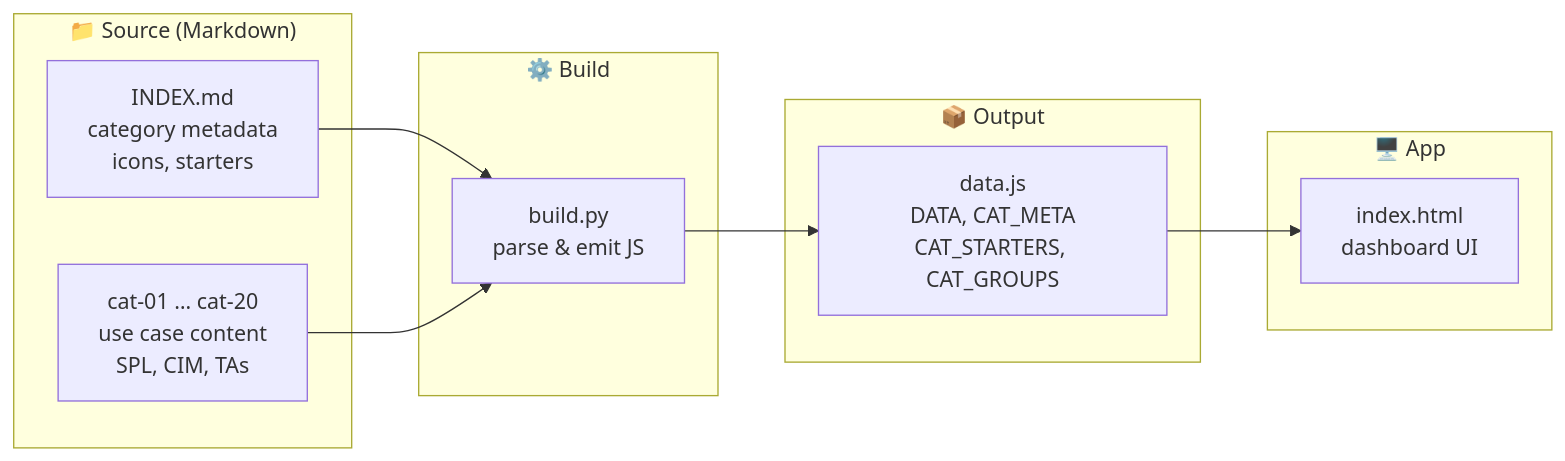
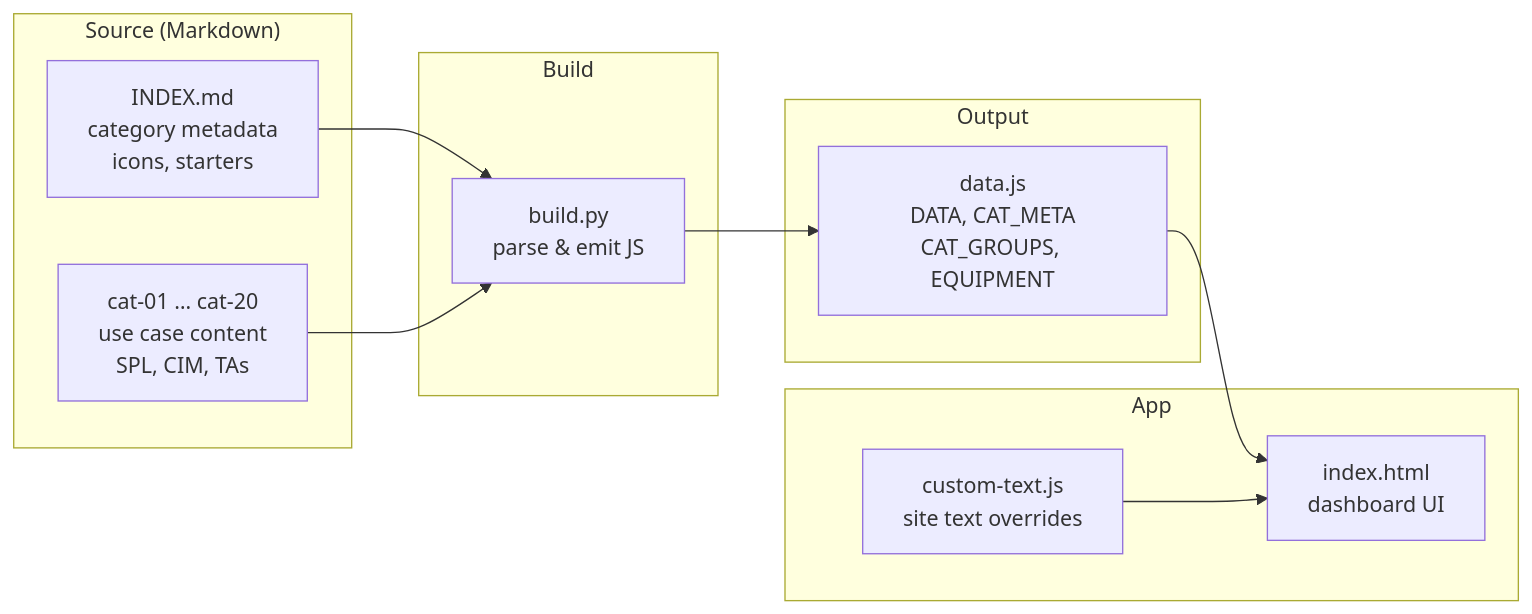
The first of 6 diagrams in CODEBASE-DIAGRAM.md (fenre/splunk-monitoring-use-cases), drawn with Mermaid before and after one commit. The commit also changed other lines of this file and 2293 other files, not shown here.

````diff
--- a/CODEBASE-DIAGRAM.md
+++ b/CODEBASE-DIAGRAM.md
@@ -9,24 +9,26 @@
 ```mermaid
 flowchart LR
-    subgraph sources["📁 Source (Markdown)"]
+    subgraph sources["Source (Markdown)"]
         INDEX["INDEX.md\ncategory metadata\nicons, starters"]
         CAT["cat-01 … cat-20\nuse case content\nSPL, CIM, TAs"]
     end
 
-    subgraph build["⚙️ Build"]
+    subgraph build["Build"]
         PY["build.py\nparse & emit JS"]
     end
 
-    subgraph output["📦 Output"]
-        DATA["data.js\nDATA, CAT_META\nCAT_STARTERS, CAT_GROUPS"]
+    subgraph output["Output"]
+        DATA["data.js\nDATA, CAT_META\nCAT_GROUPS, EQUIPMENT"]
     end
 
-    subgraph app["🖥️ App"]
+    subgraph app["App"]
         HTML["index.html\ndashboard UI"]
+        CUSTOM["custom-text.js\nsite text overrides"]
     end
 
     INDEX --> PY
     CAT --> PY
     PY --> DATA
     DATA --> HTML
+    CUSTOM --> HTML
 ```
````
